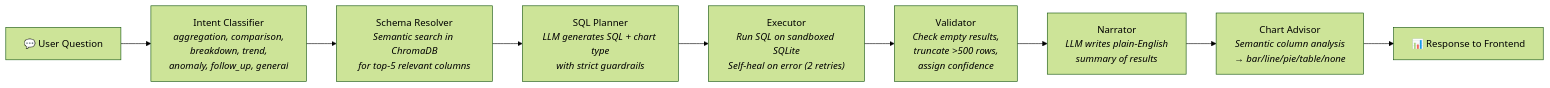
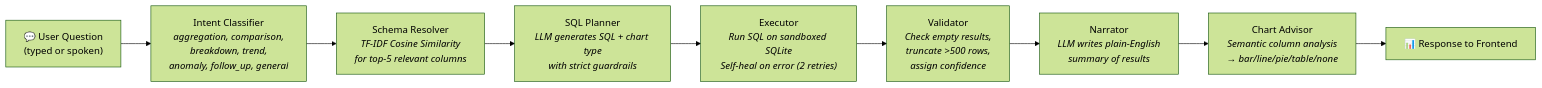
Before and after one commit to mrinank03/CodeForPurpose_Talk_To_Data: the third of 4 diagrams in README.md, drawn with Mermaid (forest theme). The commit also changed other lines of this file, not shown here.

````diff
--- a/README.md
+++ b/README.md
@@ -163,11 +200,11 @@
 ```mermaid
 flowchart LR
-    A["💬 User Question"] --> B["Intent Classifier<br/><i>aggregation, comparison,<br/>breakdown, trend,<br/>anomaly, follow_up, general</i>"]
-    B --> C["Schema Resolver<br/><i>Semantic search in ChromaDB<br/>for top-5 relevant columns</i>"]
+    A["💬 User Question<br/>(typed or spoken)"] --> B["Intent Classifier<br/><i>aggregation, comparison,<br/>breakdown, trend,<br/>anomaly, follow_up, general</i>"]
+    B --> C["Schema Resolver<br/><i>TF-IDF Cosine Similarity<br/>for top-5 relevant columns</i>"]
     C --> D["SQL Planner<br/><i>LLM generates SQL + chart type<br/>with strict guardrails</i>"]
     D --> E["Executor<br/><i>Run SQL on sandboxed SQLite<br/>Self-heal on error (2 retries)</i>"]
     E --> F["Validator<br/><i>Check empty results,<br/>truncate >500 rows,<br/>assign confidence</i>"]
     F --> G["Narrator<br/><i>LLM writes plain-English<br/>summary of results</i>"]
     G --> H["Chart Advisor<br/><i>Semantic column analysis<br/>→ bar/line/pie/table/none</i>"]
     H --> I["📊 Response to Frontend"]
 ```
````
